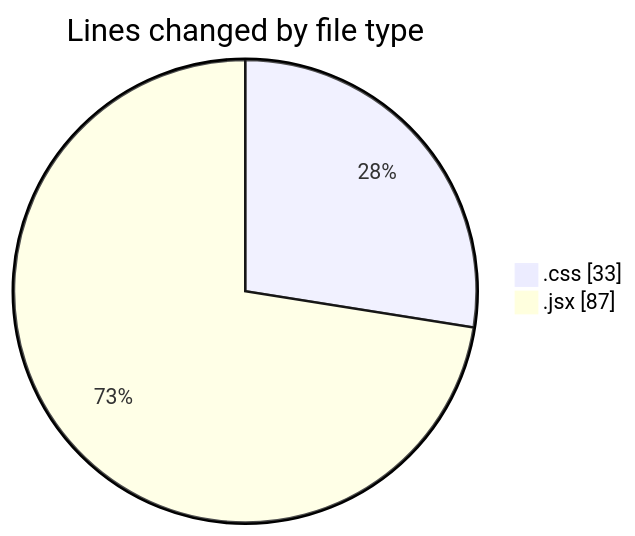
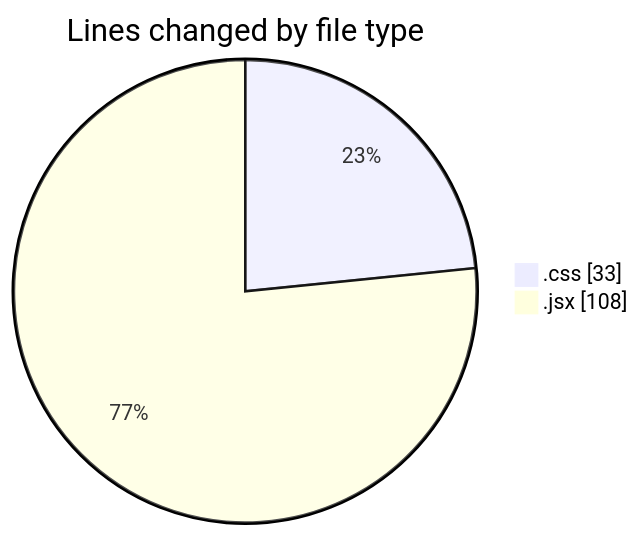
The first of 2 diagrams in 2025-02-14/elitegpt/README.md (Elitesun/code-tracking), drawn with Mermaid before and after one commit. The commit also changed other lines of this file and 1 other file, not shown here.

````diff
--- a/2025-02-14/elitegpt/README.md
+++ b/2025-02-14/elitegpt/README.md
@@ -23,6 +23,6 @@
 ```mermaid
 pie showData
 title Lines changed by file type
 ".css" : 33
-".jsx" : 87
+".jsx" : 108
 ```
````
